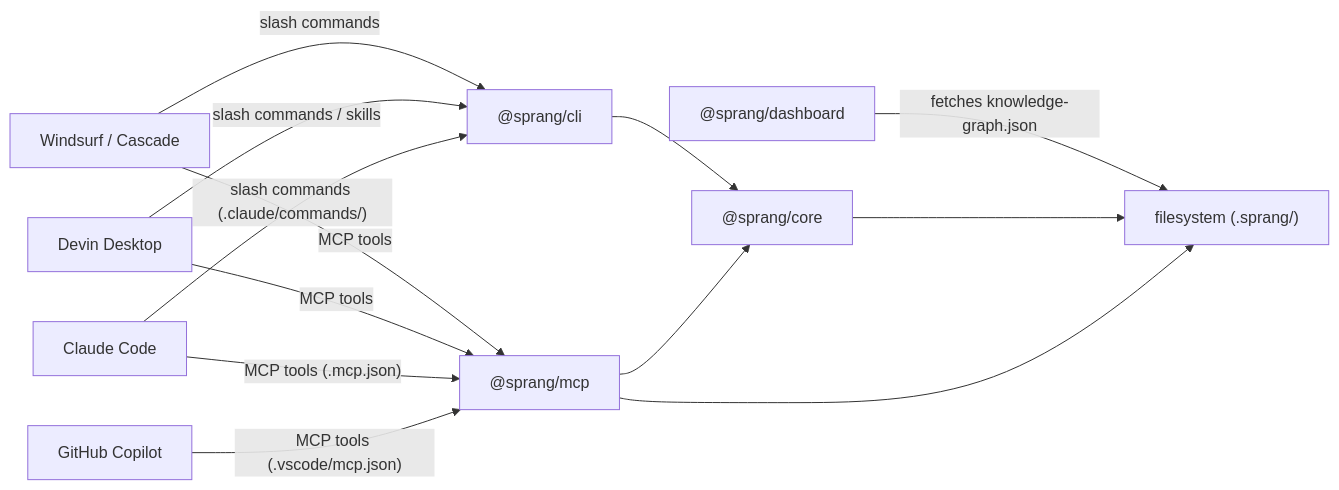
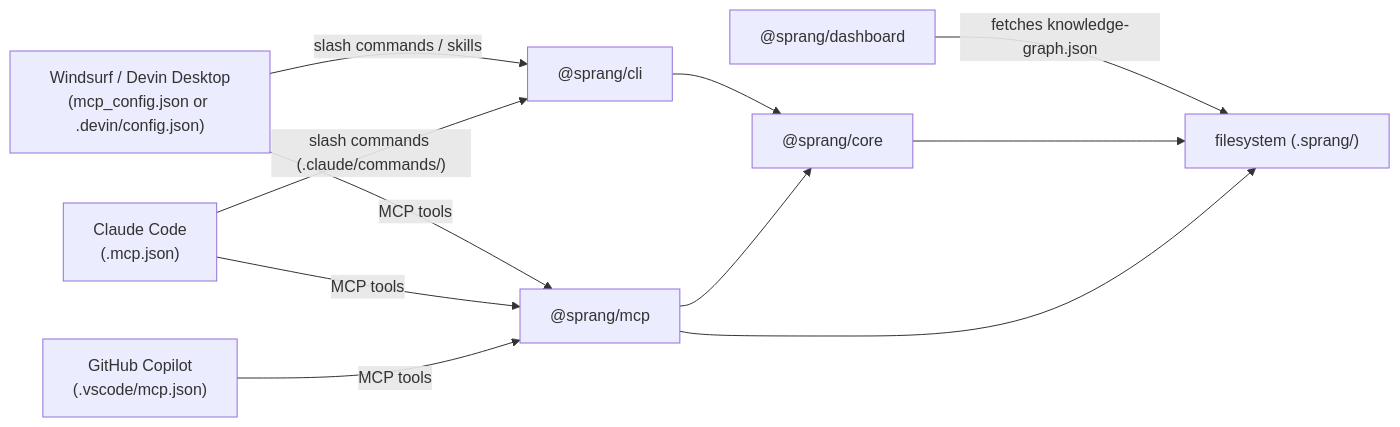
Before and after one commit to FavioVazquez/sprang: the first of 3 diagrams in README.md, drawn with Mermaid. The commit also changed other lines of this file, not shown here.

````diff
--- a/README.md
+++ b/README.md
@@ -305,19 +317,16 @@
 ```mermaid
 graph LR
     CLI["@sprang/cli"] --> CORE["@sprang/core"]
     MCP["@sprang/mcp"] --> CORE
     DASH["@sprang/dashboard"] -->|"fetches knowledge-graph.json"| FS["filesystem (.sprang/)"]
     CORE --> FS
     MCP --> FS
 
-    CASCADE["Windsurf / Cascade"] -->|"MCP tools"| MCP
-    CASCADE -->|"slash commands"| CLI
+    CASCADE["Windsurf / Devin Desktop\n(mcp_config.json or .devin/config.json)"] -->|"MCP tools"| MCP
+    CASCADE -->|"slash commands / skills"| CLI
 
-    DEVIN["Devin Desktop"] -->|"MCP tools"| MCP
-    DEVIN -->|"slash commands / skills"| CLI
-
-    CLAUDE["Claude Code"] -->|"MCP tools (.mcp.json)"| MCP
+    CLAUDE["Claude Code\n(.mcp.json)"] -->|"MCP tools"| MCP
     CLAUDE -->|"slash commands (.claude/commands/)"| CLI
 
-    COPILOT["GitHub Copilot"] -->|"MCP tools (.vscode/mcp.json)"| MCP
+    COPILOT["GitHub Copilot\n(.vscode/mcp.json)"] -->|"MCP tools"| MCP
 ```
````
